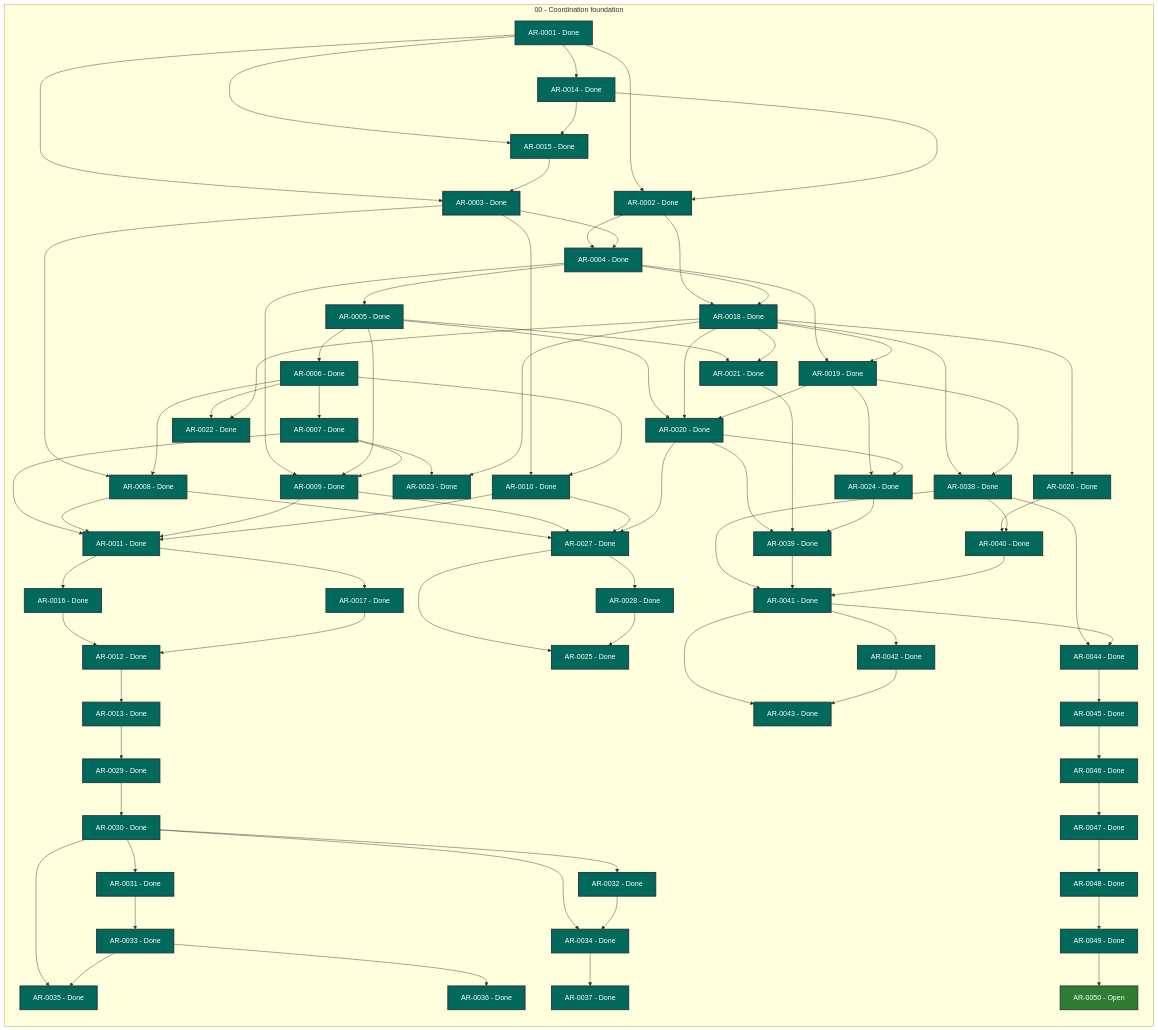
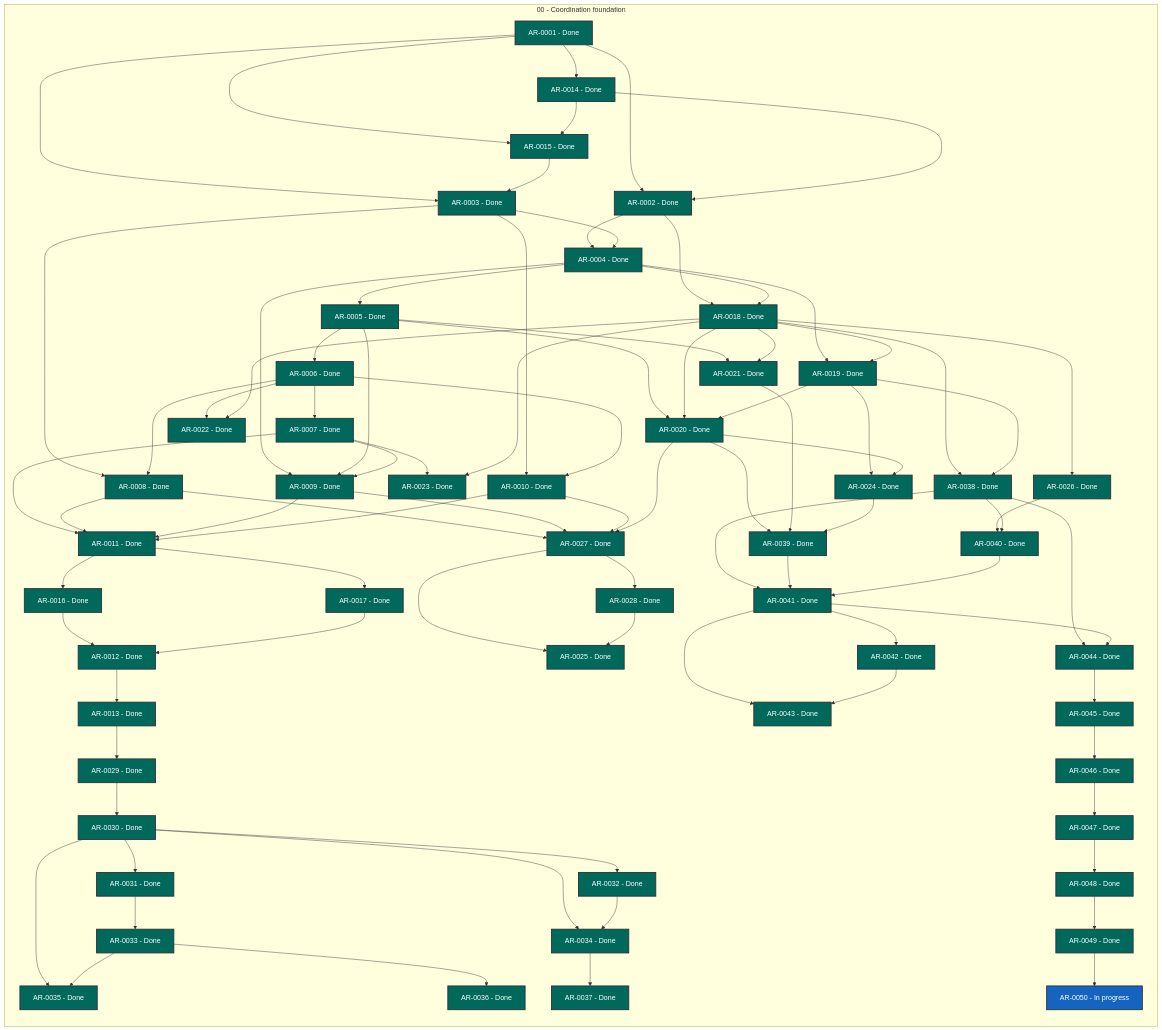
The diagram in STATUS.md (martin-beck/agent-workflow-tui-state), drawn with Mermaid before and after one commit. The commit also changed other lines of this file and 2 other files, not shown here.

```diff
--- a/STATUS.md
+++ b/STATUS.md
@@ -77,7 +77,7 @@
         AR_0047["AR-0047 - Done"]:::status_done
         AR_0048["AR-0048 - Done"]:::status_done
         AR_0049["AR-0049 - Done"]:::status_done
-        AR_0050["AR-0050 - Open"]:::status_open
+        AR_0050["AR-0050 - In progress"]:::status_in_progress
     end
     AR_0001 --> AR_0002
     AR_0001 --> AR_0003
```
